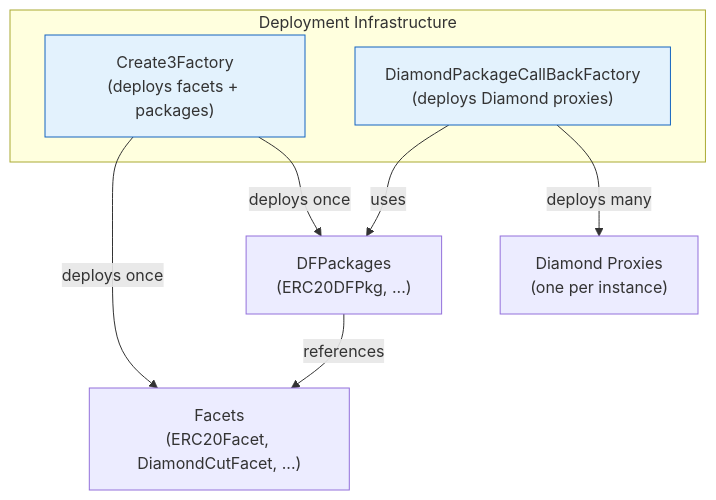
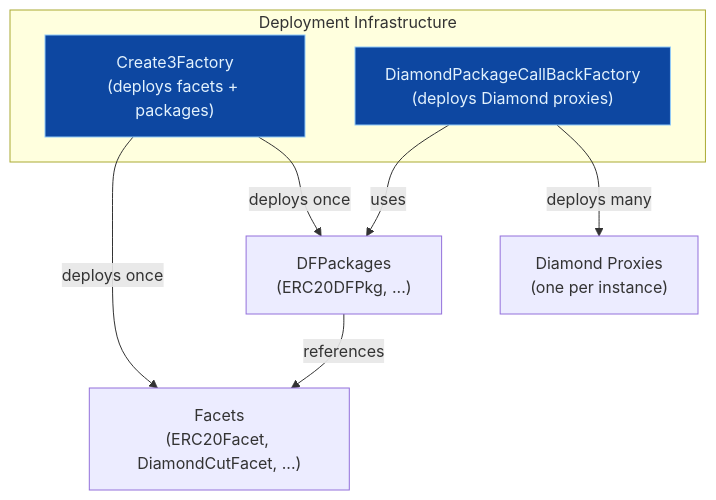
The diagram in docs/deployment/create3.md (cyotee/crane), drawn with Mermaid before and after one commit. The commit also changed 4 other files, not shown here.

First line of the commit message:
docs: fix Mermaid node contrast on dark GitHub Pages theme

````diff
--- a/docs/deployment/create3.md
+++ b/docs/deployment/create3.md
@@ -5,16 +5,16 @@
 ```mermaid
 flowchart TB
     subgraph Factories["Deployment Infrastructure"]
         C3["Create3Factory<br/>(deploys facets + packages)"]
         DPCF["DiamondPackageCallBackFactory<br/>(deploys Diamond proxies)"]
     end
 
     C3 -->|deploys once| Facets["Facets<br/>(ERC20Facet, DiamondCutFacet, ...)"]
     C3 -->|deploys once| Packages["DFPackages<br/>(ERC20DFPkg, ...)"]
     Packages -->|references| Facets
     DPCF -->|uses| Packages
     DPCF -->|deploys many| Proxies["Diamond Proxies<br/>(one per instance)"]
 
-    classDef core fill:#e3f2fd,stroke:#1565c0
+    classDef core fill:#0d47a1,stroke:#90caf9,color:#e3f2fd
     class C3,DPCF core
 ```
````
